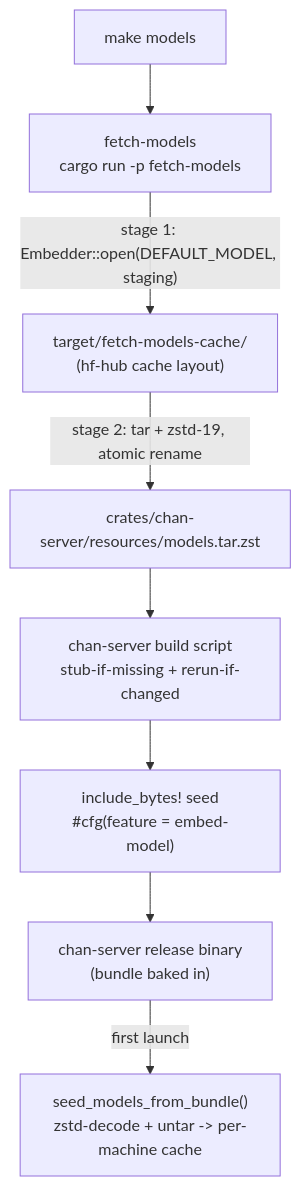
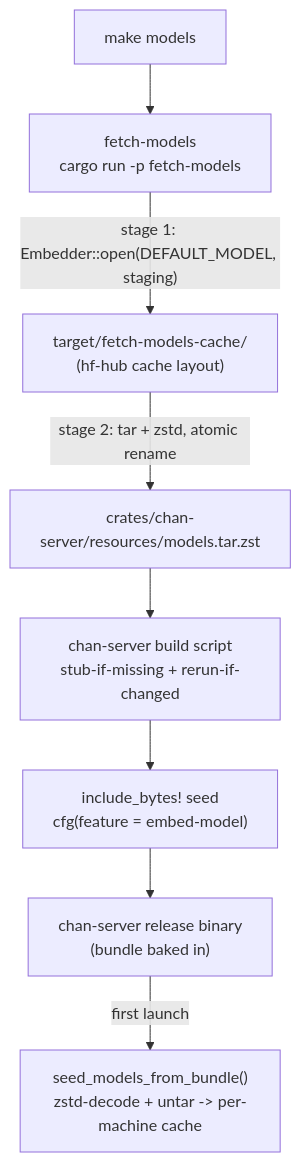
Before and after one commit to fiorix/chan: the diagram in crates/fetch-models/design.md, drawn with Mermaid. The commit also changed other lines of this file and 10 other files, not shown here.

````diff
--- a/crates/fetch-models/design.md
+++ b/crates/fetch-models/design.md
@@ -33,10 +19,10 @@
 ```mermaid
 flowchart TB
   Make["make models"] --> Fetch["fetch-models<br/>cargo run -p fetch-models"]
   Fetch -->|"stage 1: Embedder::open(DEFAULT_MODEL, staging)"| Stage["target/fetch-models-cache/<br/>(hf-hub cache layout)"]
-  Stage -->|"stage 2: tar + zstd-19, atomic rename"| Bundle["crates/chan-server/resources/models.tar.zst"]
+  Stage -->|"stage 2: tar + zstd, atomic rename"| Bundle["crates/chan-server/resources/models.tar.zst"]
   Bundle --> Build["chan-server build script<br/>stub-if-missing + rerun-if-changed"]
-  Build --> Embed["include_bytes! seed<br/>#cfg(feature = embed-model)"]
+  Build --> Embed["include_bytes! seed<br/>cfg(feature = embed-model)"]
   Embed --> Bin["chan-server release binary<br/>(bundle baked in)"]
   Bin -->|"first launch"| Seed["seed_models_from_bundle()<br/>zstd-decode + untar -> per-machine cache"]
 ```
````
